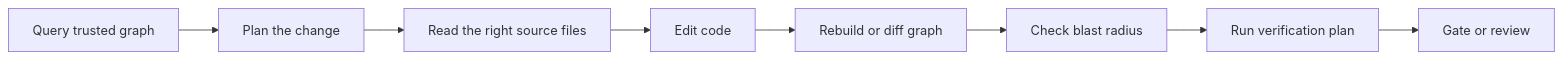
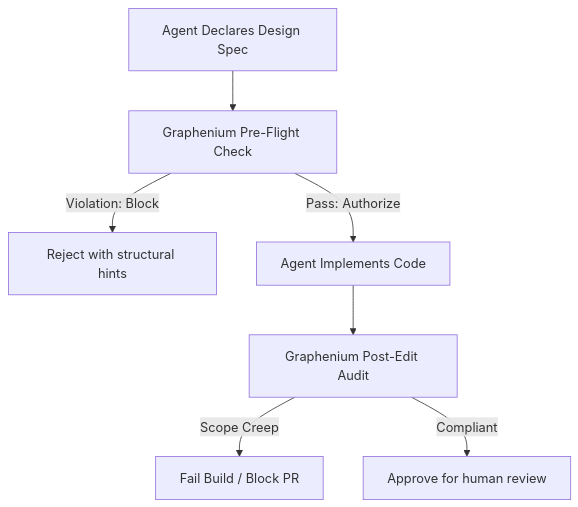
Before and after one commit to lambda-alpha-labs/Graphenium: the diagram in README.md, drawn with Mermaid. The commit also changed other lines of this file and 32 other files, not shown here.

First line of the commit message:
docs: reposition Graphenium as structural containment engine and pre-flight gate

````diff
--- a/README.md
+++ b/README.md
@@ -33,10 +35,9 @@
 ```mermaid
-graph LR
-    A[Query trusted graph] --> B[Plan the change]
-    B --> C[Read the right source files]
-    C --> D[Edit code]
-    D --> E[Rebuild or diff graph]
-    E --> F[Check blast radius]
-    F --> G[Run verification plan]
-    G --> H[Gate or review]
+graph TD
+    A[Agent Declares Design Spec] --> B[Graphenium Pre-Flight Check]
+    B -->|Violation: Block| C[Reject with structural hints]
+    B -->|Pass: Authorize| D[Agent Implements Code]
+    D --> E[Graphenium Post-Edit Audit]
+    E -->|Scope Creep| F[Fail Build / Block PR]
+    E -->|Compliant| G[Approve for human review]
 ```
````
